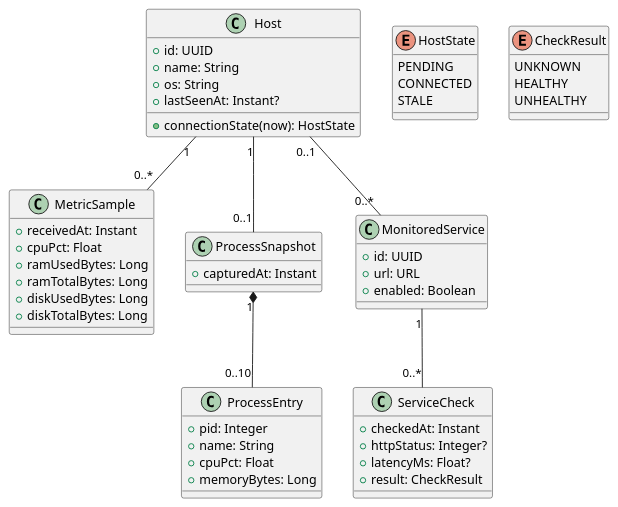
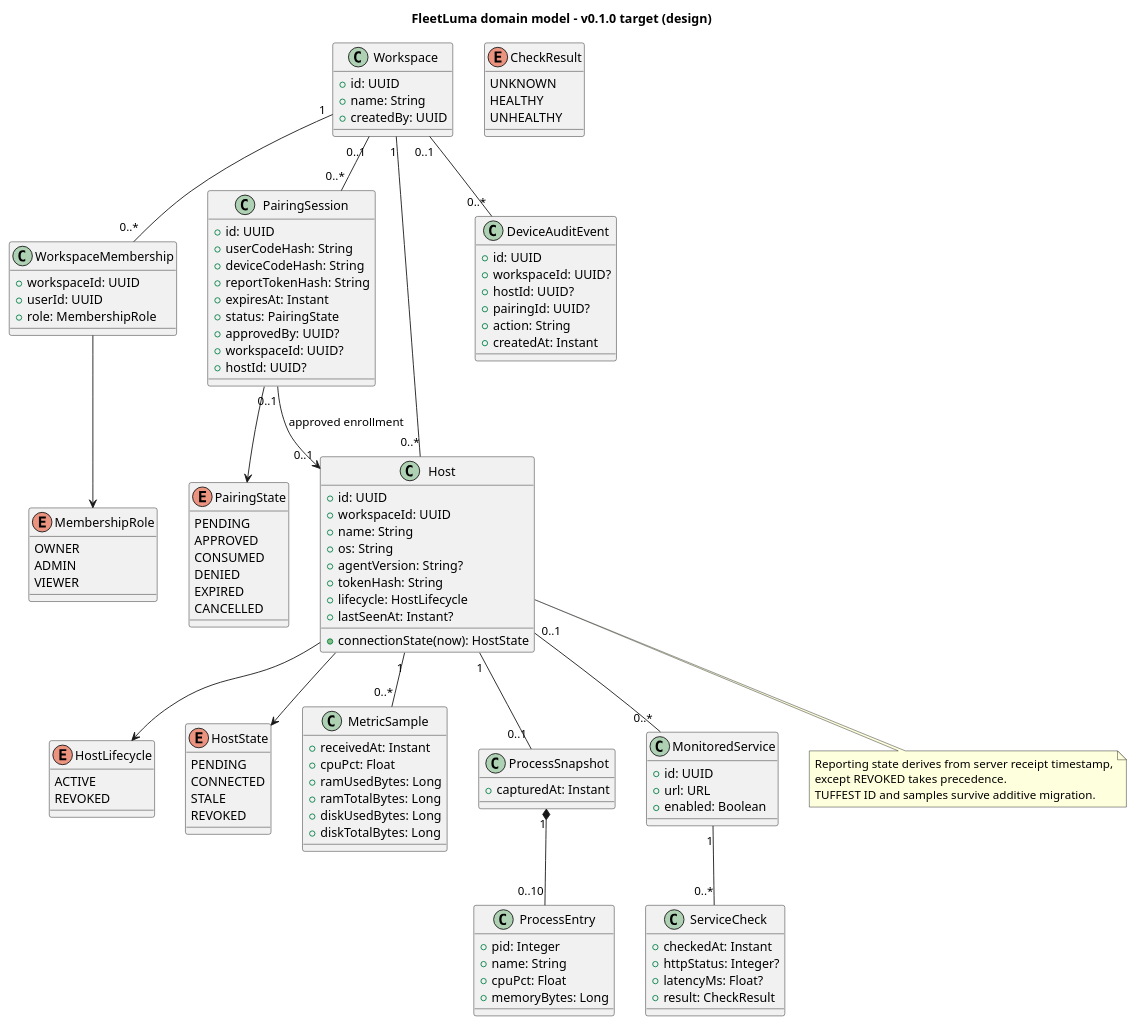
The diagram in docs/uml/plantuml/03_class_domain.puml (Adam-BArbia/fleetluma), drawn with PlantUML before and after one commit.

Commit message:
docs(FL-31): synchronize 03_class_domain.puml with cloud pairing model

```diff
--- a/docs/uml/plantuml/03_class_domain.puml
+++ b/docs/uml/plantuml/03_class_domain.puml
@@ -1,52 +1,118 @@
 @startuml 03_class_domain
+title FleetLuma domain model - v0.1.0 target (design)
+class Workspace {
+ +id: UUID
+ +name: String
+ +createdBy: UUID
+}
+class WorkspaceMembership {
+ +workspaceId: UUID
+ +userId: UUID
+ +role: MembershipRole
+}
+enum MembershipRole {
+ OWNER
+ ADMIN
+ VIEWER
+}
+class PairingSession {
+ +id: UUID
+ +userCodeHash: String
+ +deviceCodeHash: String
+ +reportTokenHash: String
+ +expiresAt: Instant
+ +status: PairingState
+ +approvedBy: UUID?
+ +workspaceId: UUID?
+ +hostId: UUID?
+}
+enum PairingState {
+ PENDING
+ APPROVED
+ CONSUMED
+ DENIED
+ EXPIRED
+ CANCELLED
+}
 class Host {
  +id: UUID
+ +workspaceId: UUID
  +name: String
  +os: String
+ +agentVersion: String?
+ +tokenHash: String
+ +lifecycle: HostLifecycle
  +lastSeenAt: Instant?
  +connectionState(now): HostState
+}
+enum HostLifecycle {
+ ACTIVE
+ REVOKED
+}
+enum HostState {
+ PENDING
+ CONNECTED
+ STALE
+ REVOKED
+}
+class DeviceAuditEvent {
+ +id: UUID
+ +workspaceId: UUID?
+ +hostId: UUID?
+ +pairingId: UUID?
+ +action: String
+ +createdAt: Instant
 }
 class MetricSample {
  +receivedAt: Instant
  +cpuPct: Float
  +ramUsedBytes: Long
  +ramTotalBytes: Long
  +diskUsedBytes: Long
  +diskTotalBytes: Long
 }
 class ProcessSnapshot {
-  +capturedAt: Instant
+ +capturedAt: Instant
 }
 class ProcessEntry {
  +pid: Integer
  +name: String
  +cpuPct: Float
  +memoryBytes: Long
 }
 class MonitoredService {
  +id: UUID
  +url: URL
  +enabled: Boolean
 }
 class ServiceCheck {
  +checkedAt: Instant
  +httpStatus: Integer?
  +latencyMs: Float?
  +result: CheckResult
 }
-enum HostState {
-  PENDING
-  CONNECTED
-  STALE
+enum CheckResult {
+ UNKNOWN
+ HEALTHY
+ UNHEALTHY
 }
-enum CheckResult {
-  UNKNOWN
-  HEALTHY
-  UNHEALTHY
-}
+Workspace "1" -- "0..*" WorkspaceMembership
+WorkspaceMembership --> MembershipRole
+Workspace "1" -- "0..*" Host
+Workspace "0..1" -- "0..*" PairingSession
+PairingSession --> PairingState
+PairingSession "0..1" --> "0..1" Host : approved enrollment
+Workspace "0..1" -- "0..*" DeviceAuditEvent
+Host --> HostLifecycle
+Host --> HostState
 Host "1" -- "0..*" MetricSample
 Host "1" -- "0..1" ProcessSnapshot
 ProcessSnapshot "1" *-- "0..10" ProcessEntry
 Host "0..1" -- "0..*" MonitoredService
 MonitoredService "1" -- "0..*" ServiceCheck
+note bottom of Host
+ Reporting state derives from server receipt timestamp,
+ except REVOKED takes precedence.
+ TUFFEST ID and samples survive additive migration.
+end note
 @enduml
```
